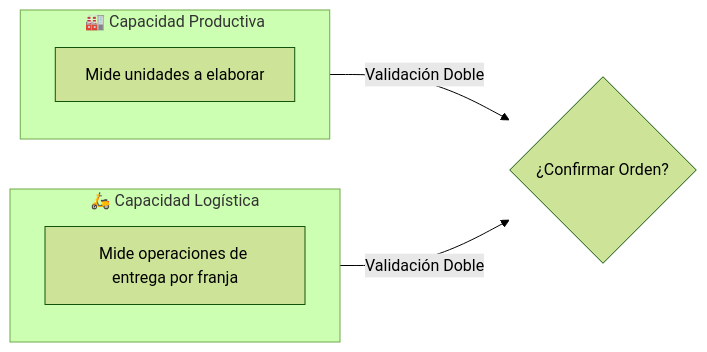
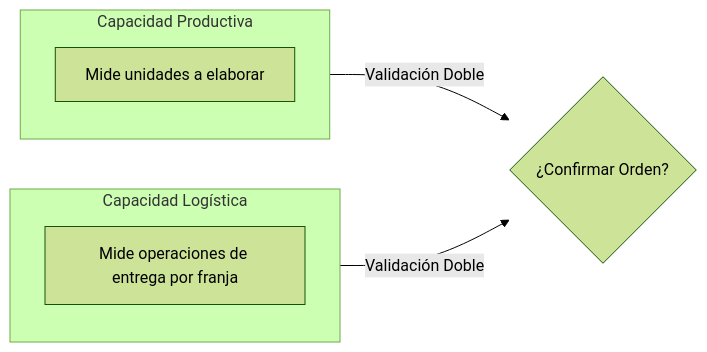
One commit to iJosueeh/jaldishop changed the first of 2 diagrams in docs/02-investigacion/caso-c-logistica.md. Above: the diagram before and after it, drawn with Mermaid (forest theme). The commit also changed other lines of this file and 2 other files, not shown here.

Commit message:
fix: error de parentesis en caso C simplifcado la eliminacion de los parentesis

````diff
--- a/docs/02-investigacion/caso-c-logistica.md
+++ b/docs/02-investigacion/caso-c-logistica.md
@@ -31,13 +31,13 @@
 ```mermaid
 flowchart LR
-    subgraph PRODUCTIVA["🏭 Capacidad Productiva"]
+    subgraph PRODUCTIVA["Capacidad Productiva"]
         P1["Mide unidades a elaborar"]
     end
 
-    subgraph LOGISTICA["🛵 Capacidad Logística"]
+    subgraph LOGISTICA["Capacidad Logística"]
         L1["Mide operaciones de entrega por franja"]
     end
 
     PRODUCTIVA -->|Validación Doble| PEDIDO{¿Confirmar Orden?}
     LOGISTICA -->|Validación Doble| PEDIDO
 ```
````
